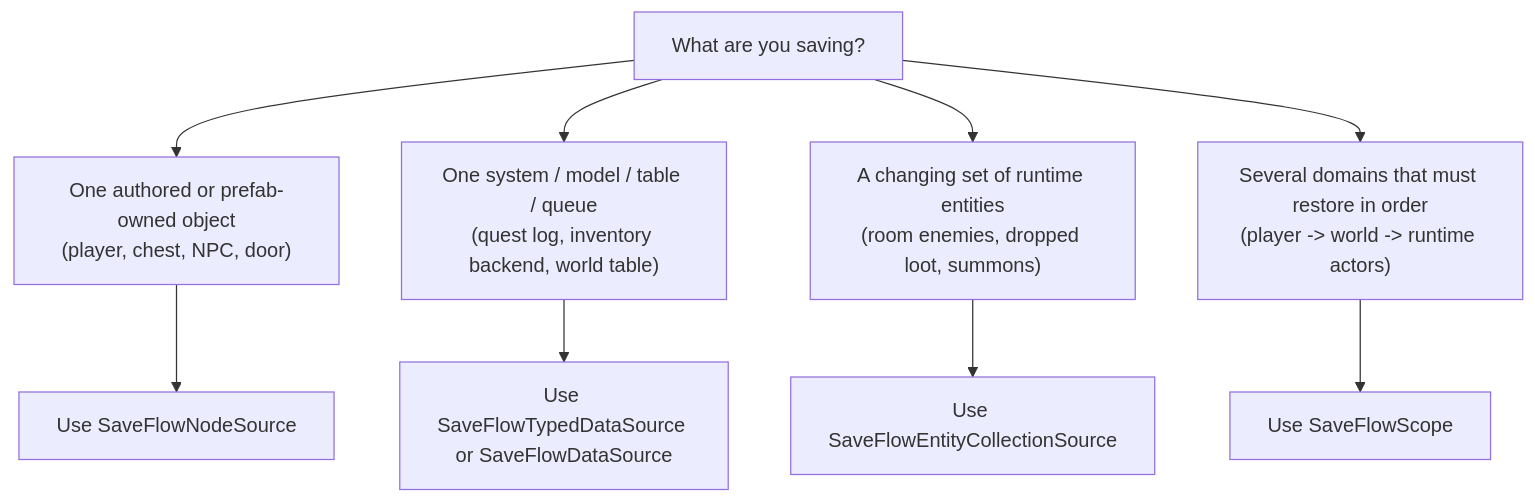
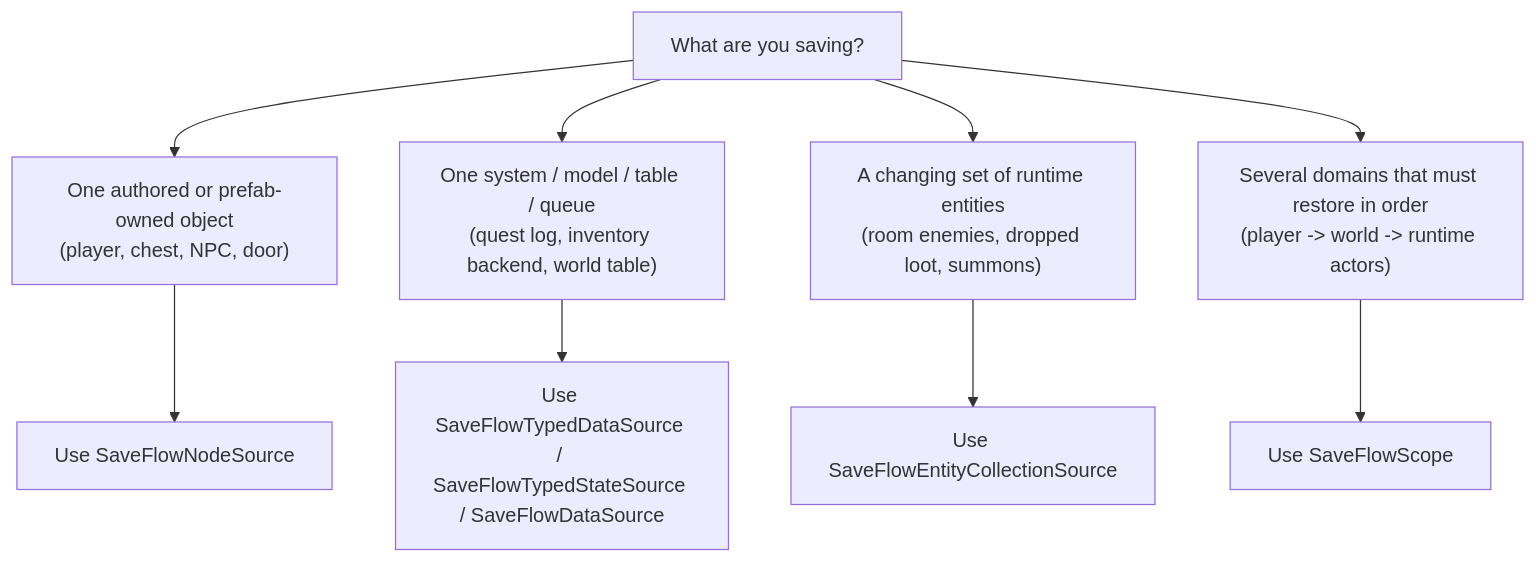
One commit to Zoroiscrying/saveflow-lite changed the first of 2 diagrams in addons/saveflow_lite/docs/saveflow-quick-selection-map.md. Above: the diagram before and after it, drawn with Mermaid. The commit also changed other lines of this file and 59 other files, not shown here.

````diff
--- a/addons/saveflow_lite/docs/saveflow-quick-selection-map.md
+++ b/addons/saveflow_lite/docs/saveflow-quick-selection-map.md
@@ -19,12 +20,12 @@
 ```mermaid
 flowchart TD
     A["What are you saving?"] --> B["One authored or prefab-owned object<br/>(player, chest, NPC, door)"]
     A --> C["One system / model / table / queue<br/>(quest log, inventory backend, world table)"]
     A --> D["A changing set of runtime entities<br/>(room enemies, dropped loot, summons)"]
     A --> E["Several domains that must restore in order<br/>(player -> world -> runtime actors)"]
 
     B --> B2["Use SaveFlowNodeSource"]
-    C --> C2["Use SaveFlowTypedDataSource or SaveFlowDataSource"]
+    C --> C2["Use SaveFlowTypedDataSource / SaveFlowTypedStateSource / SaveFlowDataSource"]
     D --> D2["Use SaveFlowEntityCollectionSource"]
     E --> E2["Use SaveFlowScope"]
 ```
````
